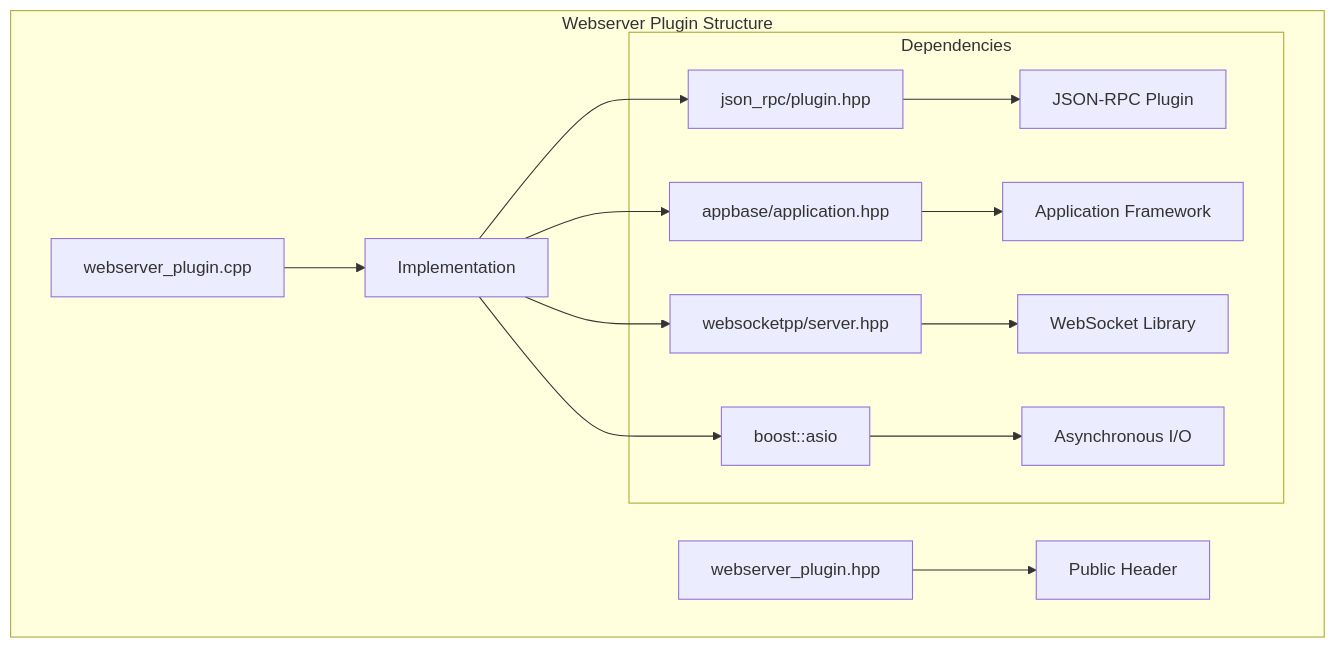
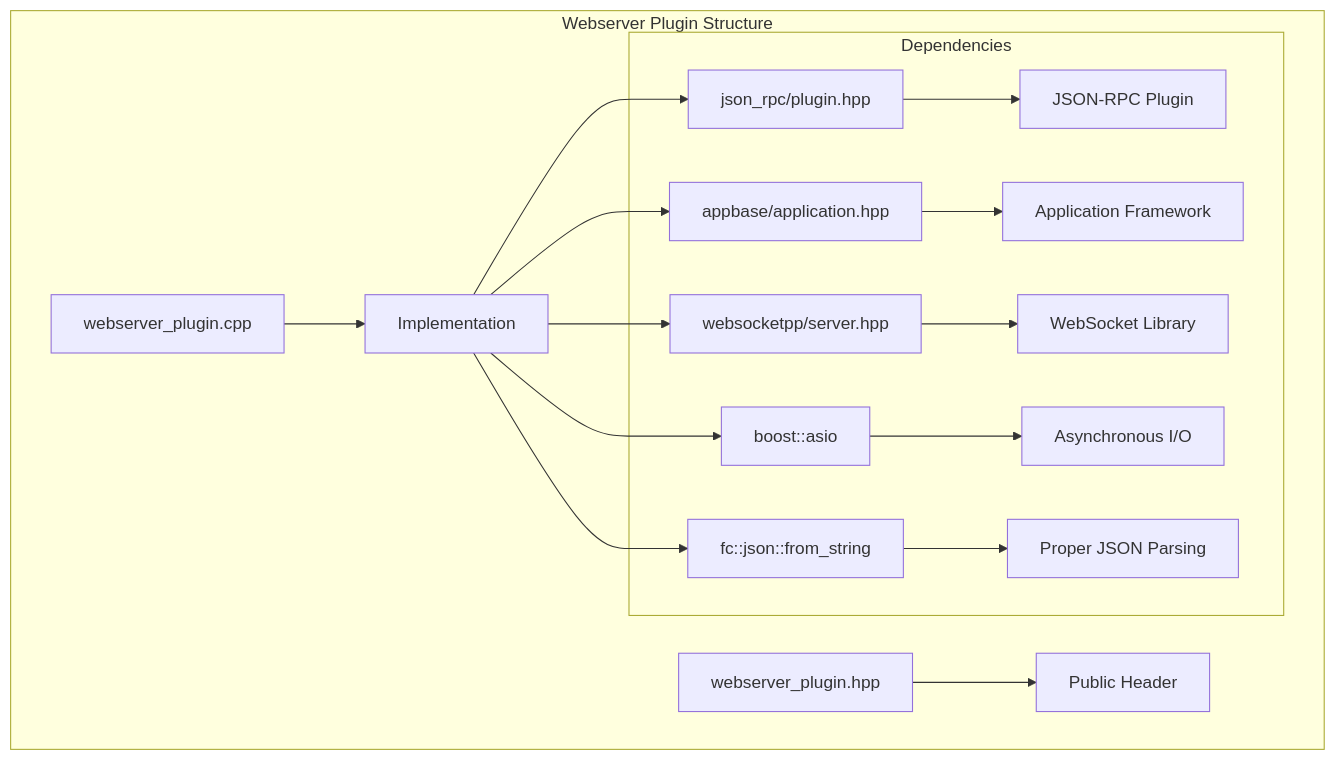
One commit to VIZ-Blockchain/viz-cpp-node changed the first of 12 diagrams in .qoder/repowiki/en/content/Webserver Plugin.md. Above: the diagram before and after it, drawn with Mermaid. The commit also changed other lines of this file and 1 other file, not shown here.

First line of the commit message:
perf(webserver): improve JSON-RPC caching with fc::variant-based parsing

````diff
--- a/.qoder/repowiki/en/content/Webserver Plugin.md
+++ b/.qoder/repowiki/en/content/Webserver Plugin.md
@@ -45,17 +45,19 @@
 ```mermaid
 graph TB
 subgraph "Webserver Plugin Structure"
 A[webserver_plugin.hpp] --> B[Public Header]
 C[webserver_plugin.cpp] --> D[Implementation]
 subgraph "Dependencies"
 E[json_rpc/plugin.hpp] --> F[JSON-RPC Plugin]
 G[appbase/application.hpp] --> H[Application Framework]
 I[websocketpp/server.hpp] --> J[WebSocket Library]
 K[boost::asio] --> L[Asynchronous I/O]
+M[fc::json::from_string] --> N[Proper JSON Parsing]
 end
 D --> E
 D --> G
 D --> I
 D --> K
+D --> M
 end
 ```
````
